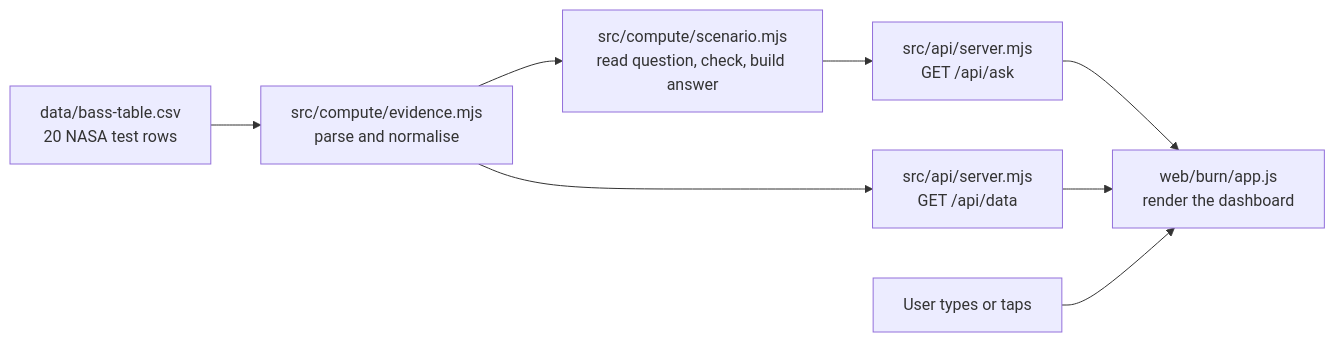
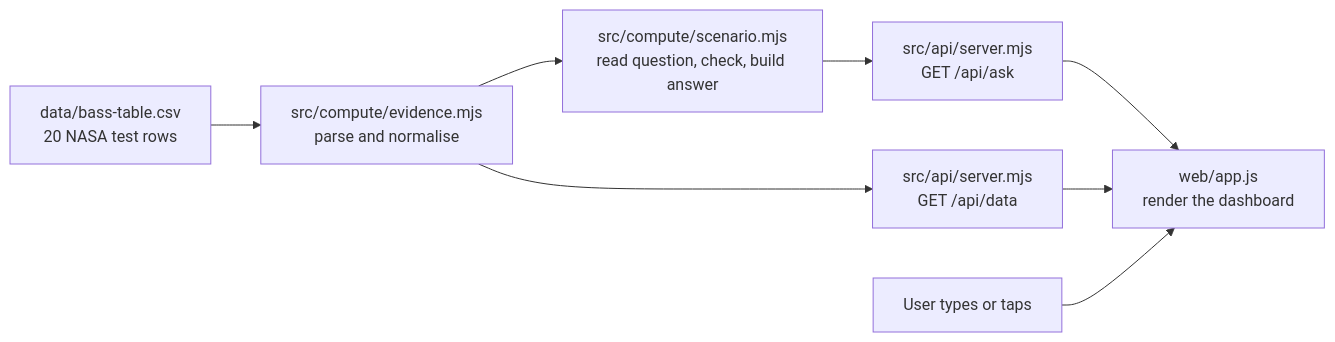
Before and after one commit to ShuvroShimuL/FlameScope: the diagram in docs/will-it-burn-technical.md, drawn with Mermaid. The commit also changed other lines of this file and 23 other files, not shown here.

````diff
--- a/docs/will-it-burn-technical.md
+++ b/docs/will-it-burn-technical.md
@@ -24,10 +24,10 @@
 ```mermaid
 flowchart LR
   CSV["data/bass-table.csv<br/>20 NASA test rows"] --> EV["src/compute/evidence.mjs<br/>parse and normalise"]
   EV --> SC["src/compute/scenario.mjs<br/>read question, check, build answer"]
   SC --> API["src/api/server.mjs<br/>GET /api/ask"]
   EV --> DATA["src/api/server.mjs<br/>GET /api/data"]
-  API --> UI["web/burn/app.js<br/>render the dashboard"]
+  API --> UI["web/app.js<br/>render the dashboard"]
   DATA --> UI
   Q["User types or taps"] --> UI
 ```
````
